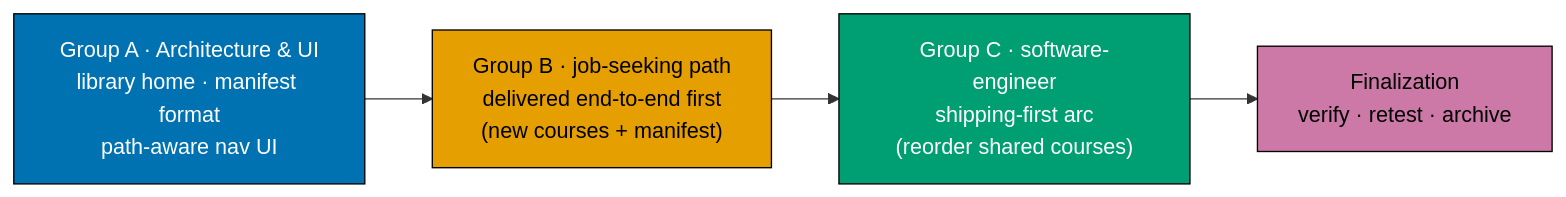
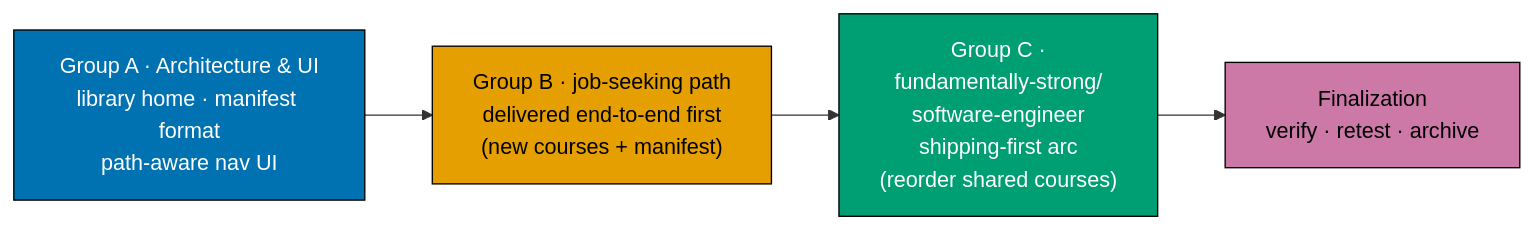
The second of 2 diagrams in plans/backlog/2026-07-18__fundamentally-strong-shared-course-tracks/README.md (wahidyankf/baseerah), drawn with Mermaid before and after one commit. The commit also changed other lines of this file and 122 other files, not shown here.

First line of the commit message:
docs(plans): restructure shared-course-tracks URLs to /en/courses + /en/path

````diff
--- a/plans/backlog/2026-07-18__fundamentally-strong-shared-course-tracks/README.md
+++ b/plans/backlog/2026-07-18__fundamentally-strong-shared-course-tracks/README.md
@@ -82,13 +83,13 @@
 ```mermaid
 flowchart LR
     A["Group A · Architecture & UI<br/>library home · manifest format<br/>path-aware nav UI"]:::a
     B["Group B · job-seeking path<br/>delivered end-to-end first<br/>(new courses + manifest)"]:::b
-    C["Group C · software-engineer<br/>shipping-first arc<br/>(reorder shared courses)"]:::c
+    C["Group C ·<br/>fundamentally-strong/<br/>software-engineer<br/>shipping-first arc<br/>(reorder shared courses)"]:::c
     F["Finalization<br/>verify · retest · archive"]:::f
     A --> B --> C --> F
 
     classDef a fill:#0072B2,stroke:#000,color:#fff
     classDef b fill:#E69F00,stroke:#000,color:#000
     classDef c fill:#009E73,stroke:#000,color:#fff
     classDef f fill:#CC79A7,stroke:#000,color:#000
 ```
````
